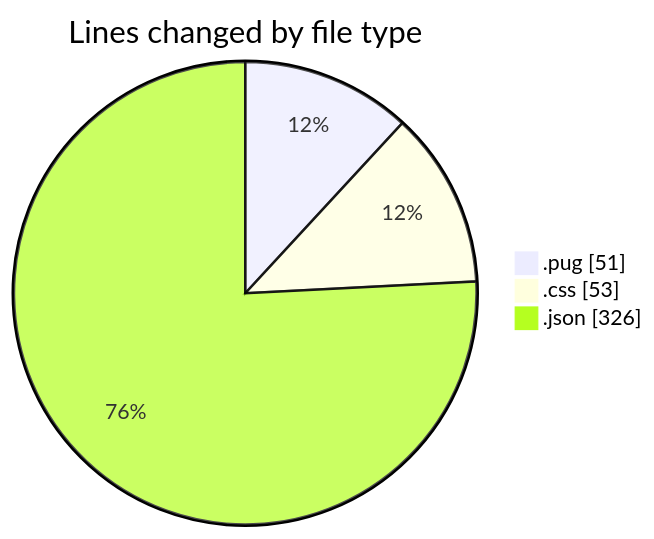
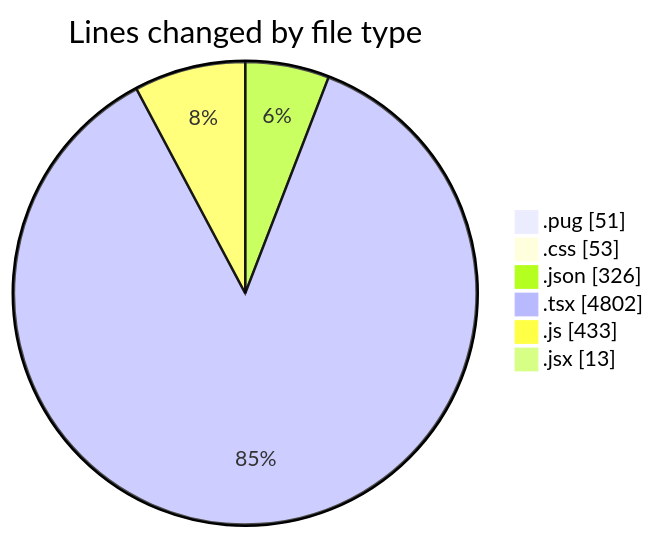
The first of 2 diagrams in 2025-11-06/cda/README.md (momahboobian/code-tracking), drawn with Mermaid before and after one commit. The commit also changed other lines of this file and 1 other file, not shown here.

````diff
--- a/2025-11-06/cda/README.md
+++ b/2025-11-06/cda/README.md
@@ -24,7 +39,10 @@
 ```mermaid
 pie showData
 title Lines changed by file type
 ".pug" : 51
 ".css" : 53
 ".json" : 326
+".tsx" : 4802
+".js" : 433
+".jsx" : 13
 ```
````
